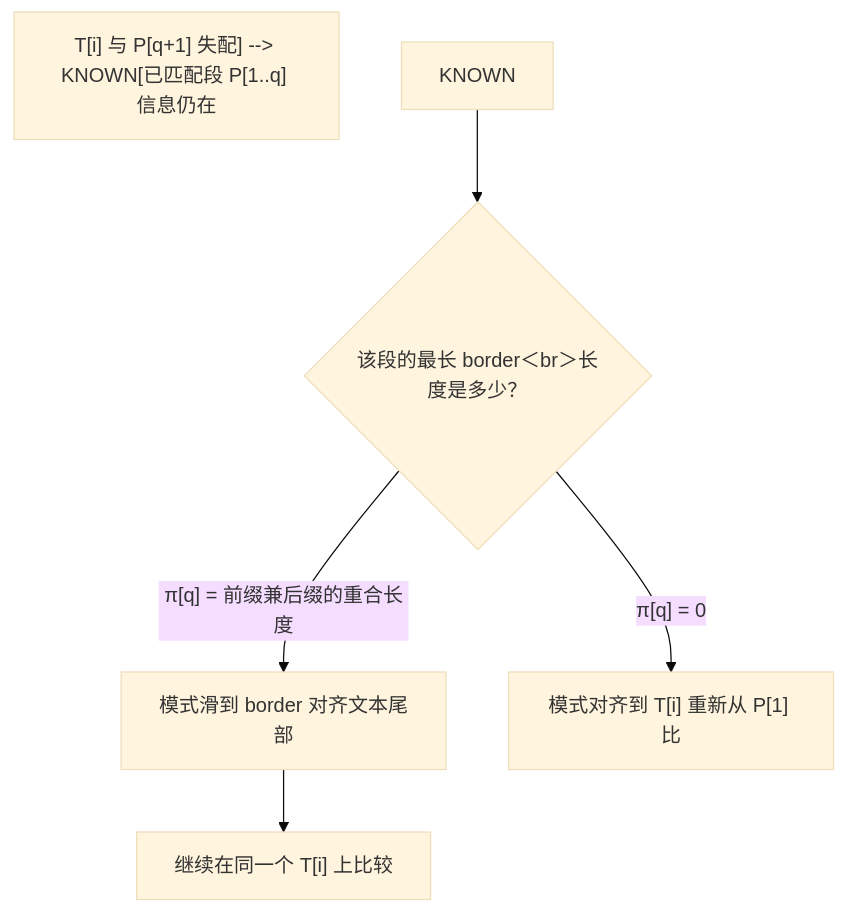
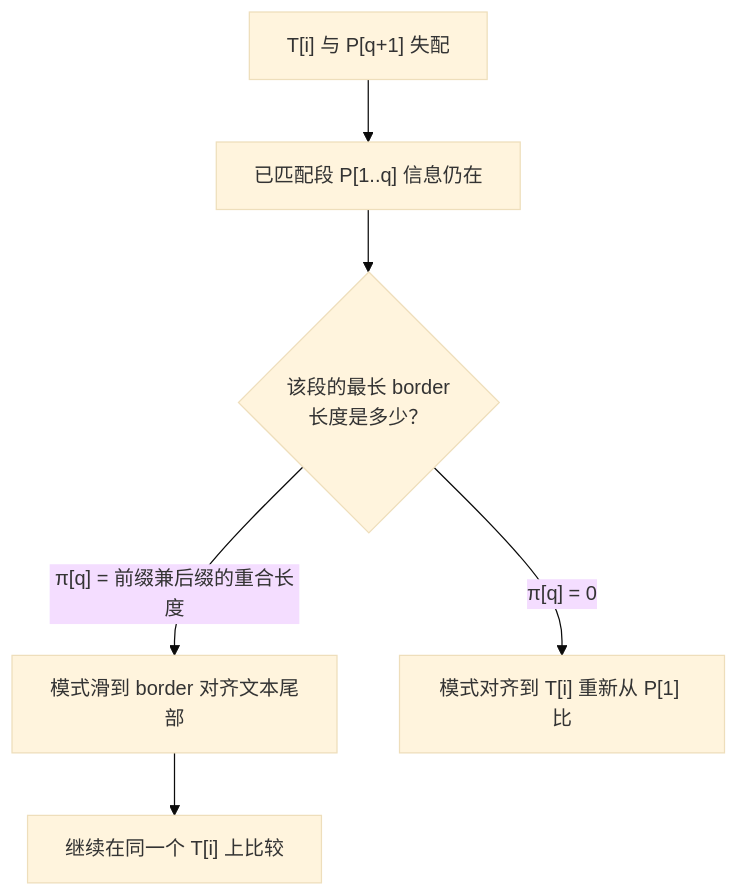
One commit to xhongduo-tech/xhongduo-tech.github.io changed the second of 2 diagrams in docs/cs/kmp.md. Above: the diagram before and after it, drawn with Mermaid (base theme). The commit also changed 4 other files, not shown here.

````diff
--- a/docs/cs/kmp.md
+++ b/docs/cs/kmp.md
@@ -47,8 +47,8 @@
 ```mermaid
 flowchart TD
-  MM["T[i] 与 P[q+1] 失配] --> KNOWN[已匹配段 P[1..q] 信息仍在"]
-  KNOWN --> BORDER{"该段的最长 border＜br＞长度是多少？"}
+  MM["T[i] 与 P[q+1] 失配"] --> KNOWN["已匹配段 P[1..q] 信息仍在"]
+  KNOWN --> BORDER{"该段的最长 border<br/>长度是多少？"}
   BORDER -->|"π[q] = 前缀兼后缀的重合长度"| SHIFT["模式滑到 border 对齐文本尾部"]
   SHIFT --> RESUME["继续在同一个 T[i] 上比较"]
   BORDER -->|"π[q] = 0"| ZERO["模式对齐到 T[i] 重新从 P[1] 比"]
 ```
````
